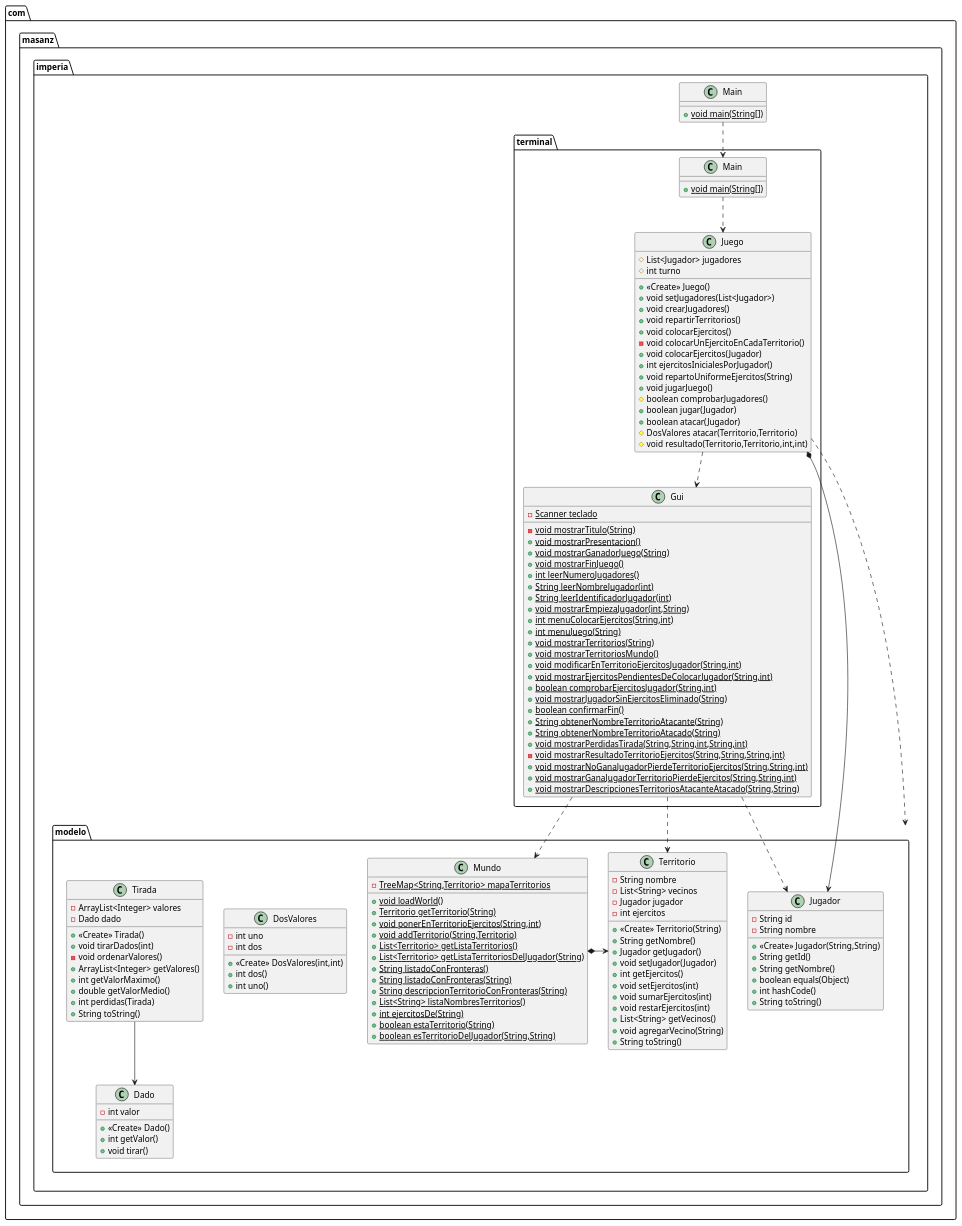
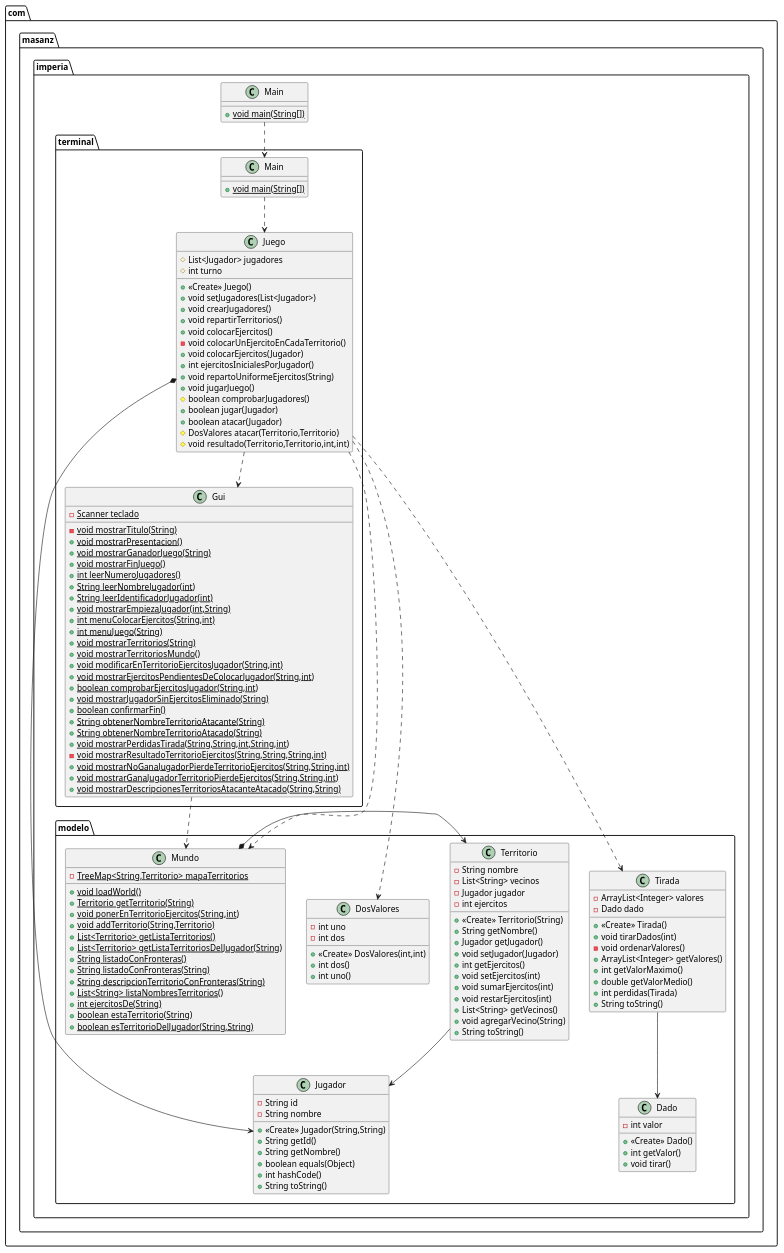
One commit to aetxabao/Imperialist changed the diagram in doc/uml/diag_clases.puml. Above: the diagram before and after it, drawn with PlantUML. The commit also changed 24 other files, not shown here.

```diff
--- a/doc/uml/diag_clases.puml
+++ b/doc/uml/diag_clases.puml
@@ -1,150 +1,151 @@
 @startuml
 class com.masanz.imperia.modelo.DosValores {
 - int uno
 - int dos
 + <<Create>> DosValores(int,int)
 + int dos()
 + int uno()
 }
 
 
 class com.masanz.imperia.terminal.Juego {
 # List<Jugador> jugadores
 # int turno
 + <<Create>> Juego()
 + void setJugadores(List<Jugador>)
 + void crearJugadores()
 + void repartirTerritorios()
 + void colocarEjercitos()
 - void colocarUnEjercitoEnCadaTerritorio()
 + void colocarEjercitos(Jugador)
 + int ejercitosInicialesPorJugador()
 + void repartoUniformeEjercitos(String)
 + void jugarJuego()
 # boolean comprobarJugadores()
 + boolean jugar(Jugador)
 + boolean atacar(Jugador)
 # DosValores atacar(Territorio,Territorio)
 # void resultado(Territorio,Territorio,int,int)
 }
 
 
 class com.masanz.imperia.modelo.Tirada {
 - ArrayList<Integer> valores
 - Dado dado
 + <<Create>> Tirada()
 + void tirarDados(int)
 - void ordenarValores()
 + ArrayList<Integer> getValores()
 + int getValorMaximo()
 + double getValorMedio()
 + int perdidas(Tirada)
 + String toString()
 }
 
 
 class com.masanz.imperia.modelo.Mundo {
 - {static} TreeMap<String,Territorio> mapaTerritorios
 + {static} void loadWorld()
 + {static} Territorio getTerritorio(String)
 + {static} void ponerEnTerritorioEjercitos(String,int)
 + {static} void addTerritorio(String,Territorio)
 + {static} List<Territorio> getListaTerritorios()
 + {static} List<Territorio> getListaTerritoriosDelJugador(String)
 + {static} String listadoConFronteras()
 + {static} String listadoConFronteras(String)
 + {static} String descripcionTerritorioConFronteras(String)
 + {static} List<String> listaNombresTerritorios()
 + {static} int ejercitosDe(String)
 + {static} boolean estaTerritorio(String)
 + {static} boolean esTerritorioDelJugador(String,String)
 }
 
 
 class com.masanz.imperia.terminal.Gui {
 - {static} Scanner teclado
 - {static} void mostrarTitulo(String)
 + {static} void mostrarPresentacion()
 + {static} void mostrarGanadorJuego(String)
 + {static} void mostrarFinJuego()
 + {static} int leerNumeroJugadores()
 + {static} String leerNombreJugador(int)
 + {static} String leerIdentificadorJugador(int)
 + {static} void mostrarEmpiezaJugador(int,String)
 + {static} int menuColocarEjercitos(String,int)
 + {static} int menuJuego(String)
 + {static} void mostrarTerritorios(String)
 + {static} void mostrarTerritoriosMundo()
 + {static} void modificarEnTerritorioEjercitosJugador(String,int)
 + {static} void mostrarEjercitosPendientesDeColocarJugador(String,int)
 + {static} boolean comprobarEjercitosJugador(String,int)
 + {static} void mostrarJugadorSinEjercitosEliminado(String)
 + {static} boolean confirmarFin()
 + {static} String obtenerNombreTerritorioAtacante(String)
 + {static} String obtenerNombreTerritorioAtacado(String)
 + {static} void mostrarPerdidasTirada(String,String,int,String,int)
 - {static} void mostrarResultadoTerritorioEjercitos(String,String,String,int)
 + {static} void mostrarNoGanaJugadorPierdeTerritorioEjercitos(String,String,int)
 + {static} void mostrarGanaJugadorTerritorioPierdeEjercitos(String,String,int)
 + {static} void mostrarDescripcionesTerritoriosAtacanteAtacado(String,String)
 }
 
 
 class com.masanz.imperia.terminal.Main {
 + {static} void main(String[])
 }
 
 class com.masanz.imperia.Main {
 + {static} void main(String[])
 }
 
 class com.masanz.imperia.modelo.Dado {
 - int valor
 + <<Create>> Dado()
 + int getValor()
 + void tirar()
 }
 
 
 class com.masanz.imperia.modelo.Jugador {
 - String id
 - String nombre
 + <<Create>> Jugador(String,String)
 + String getId()
 + String getNombre()
 + boolean equals(Object)
 + int hashCode()
 + String toString()
 }
 
 
 class com.masanz.imperia.modelo.Territorio {
 - String nombre
 - List<String> vecinos
 - Jugador jugador
 - int ejercitos
 + <<Create>> Territorio(String)
 + String getNombre()
 + Jugador getJugador()
 + void setJugador(Jugador)
 + int getEjercitos()
 + void setEjercitos(int)
 + void sumarEjercitos(int)
 + void restarEjercitos(int)
 + List<String> getVecinos()
 + void agregarVecino(String)
 + String toString()
 }
 
-
 com.masanz.imperia.Main ..> com.masanz.imperia.terminal.Main
 com.masanz.imperia.terminal.Main ..> com.masanz.imperia.terminal.Juego
-com.masanz.imperia.terminal.Gui ..> com.masanz.imperia.modelo.Jugador
 com.masanz.imperia.terminal.Gui ..> com.masanz.imperia.modelo.Mundo
-com.masanz.imperia.terminal.Gui ..> com.masanz.imperia.modelo.Territorio
 com.masanz.imperia.terminal.Juego *-> com.masanz.imperia.modelo.Jugador
 com.masanz.imperia.terminal.Juego ..> com.masanz.imperia.terminal.Gui
-com.masanz.imperia.terminal.Juego ..> com.masanz.imperia.modelo
+com.masanz.imperia.terminal.Juego ..> com.masanz.imperia.modelo.Mundo
+com.masanz.imperia.terminal.Juego ..> com.masanz.imperia.modelo.Tirada
+com.masanz.imperia.terminal.Juego ..> com.masanz.imperia.modelo.DosValores
 com.masanz.imperia.modelo.Mundo *-> com.masanz.imperia.modelo.Territorio
 com.masanz.imperia.modelo.Tirada --> com.masanz.imperia.modelo.Dado
+com.masanz.imperia.modelo.Territorio --> com.masanz.imperia.modelo.Jugador
+
 @enduml
```
